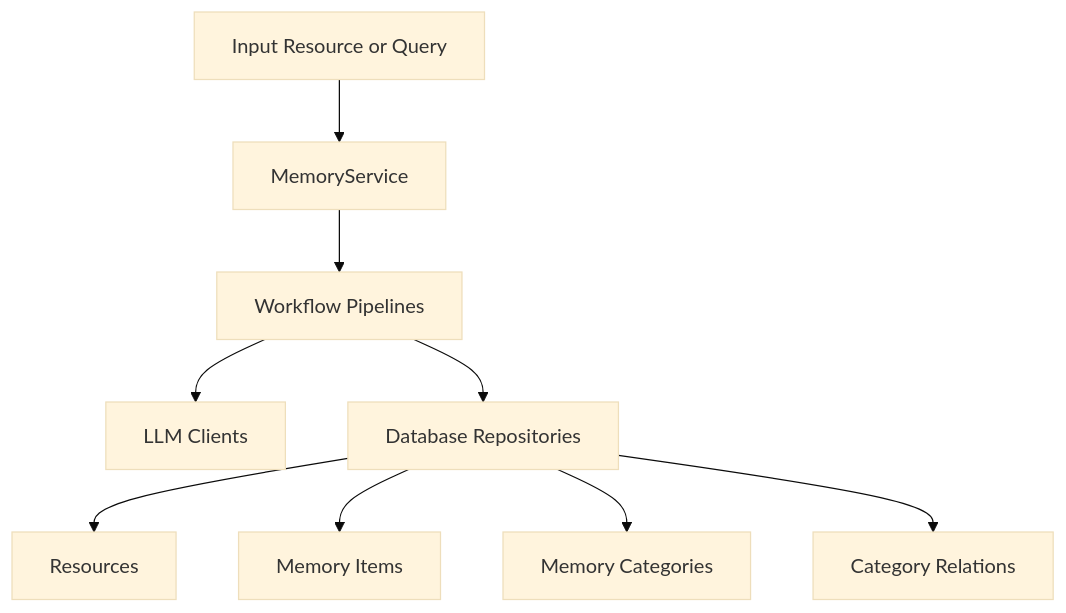
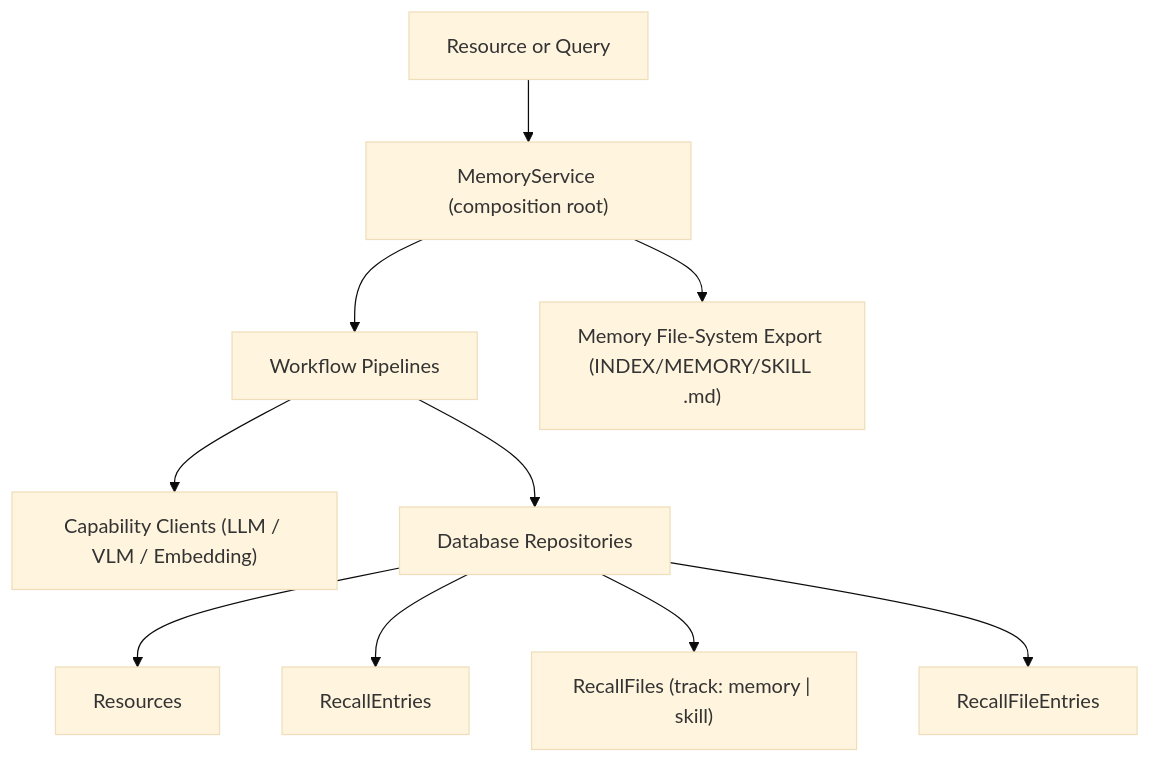
The diagram in docs/architecture.md (NevaMind-AI/memU), drawn with Mermaid (base theme) before and after one commit. The commit also changed other lines of this file and 7 other files, not shown here.

Commit message:
docs: align architecture.md and READMEs with ADR 0006 data model (#460)

````diff
--- a/docs/architecture.md
+++ b/docs/architecture.md
@@ -20,11 +32,12 @@
 ```mermaid
 flowchart TD
-  A["Input Resource or Query"] --> B["MemoryService"]
+  A["Resource or Query"] --> B["MemoryService (composition root)"]
   B --> C["Workflow Pipelines"]
-  C --> D["LLM Clients"]
+  C --> D["Capability Clients (LLM / VLM / Embedding)"]
   C --> E["Database Repositories"]
   E --> F["Resources"]
-  E --> G["Memory Items"]
-  E --> H["Memory Categories"]
-  E --> I["Category Relations"]
+  E --> G["RecallEntries"]
+  E --> H["RecallFiles (track: memory | skill)"]
+  E --> I["RecallFileEntries"]
+  B --> J["Memory File-System Export (INDEX/MEMORY/SKILL .md)"]
 ```
````
